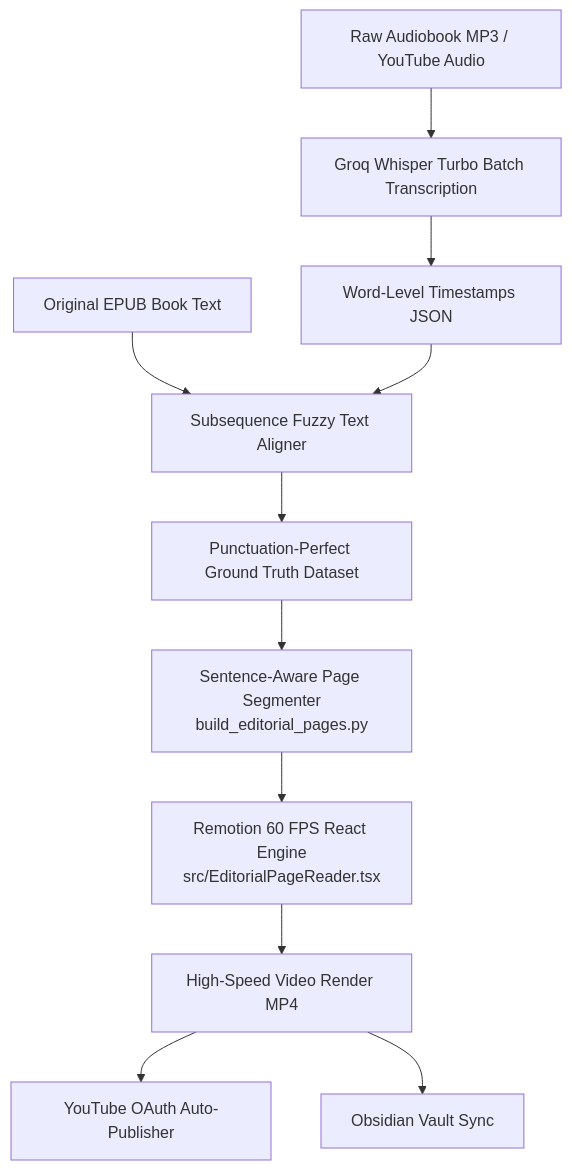
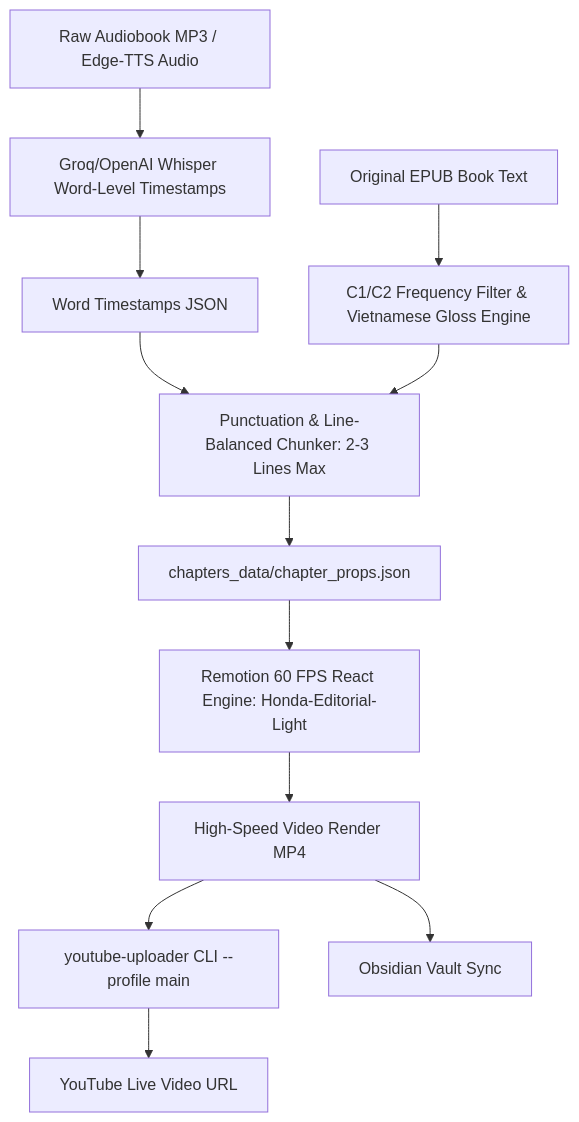
Before and after one commit to itstamhn/kinetic-audiobook-editorial: the diagram in README.md, drawn with Mermaid. The commit also changed other lines of this file and 1 other file, not shown here.

Commit message:
docs: update README and project rules with youtube-uploader standard and top-gloss editorial architecture

````diff
--- a/README.md
+++ b/README.md
@@ -20,13 +20,14 @@
 ```mermaid
 graph TD
-    A[Raw Audiobook MP3 / YouTube Audio] --> B[Groq Whisper Turbo Batch Transcription]
-    B --> C[Word-Level Timestamps JSON]
-    D[Original EPUB Book Text] --> E[Subsequence Fuzzy Text Aligner]
-    C --> E
-    E --> F[Punctuation-Perfect Ground Truth Dataset]
-    F --> G[Sentence-Aware Page Segmenter<br/>build_editorial_pages.py]
-    G --> H[Remotion 60 FPS React Engine<br/>src/EditorialPageReader.tsx]
+    A[Raw Audiobook MP3 / Edge-TTS Audio] --> B[Groq/OpenAI Whisper Word-Level Timestamps]
+    B --> C[Word Timestamps JSON]
+    D[Original EPUB Book Text] --> E[C1/C2 Frequency Filter & Vietnamese Gloss Engine]
+    C --> F[Punctuation & Line-Balanced Chunker: 2-3 Lines Max]
+    E --> F
+    F --> G[chapters_data/chapter_props.json]
+    G --> H[Remotion 60 FPS React Engine: Honda-Editorial-Light]
     H --> I[High-Speed Video Render MP4]
-    I --> J[YouTube OAuth Auto-Publisher]
-    I --> K[Obsidian Vault Sync]
+    I --> J[youtube-uploader CLI --profile main]
+    J --> K[YouTube Live Video URL]
+    I --> L[Obsidian Vault Sync]
 ```
````
